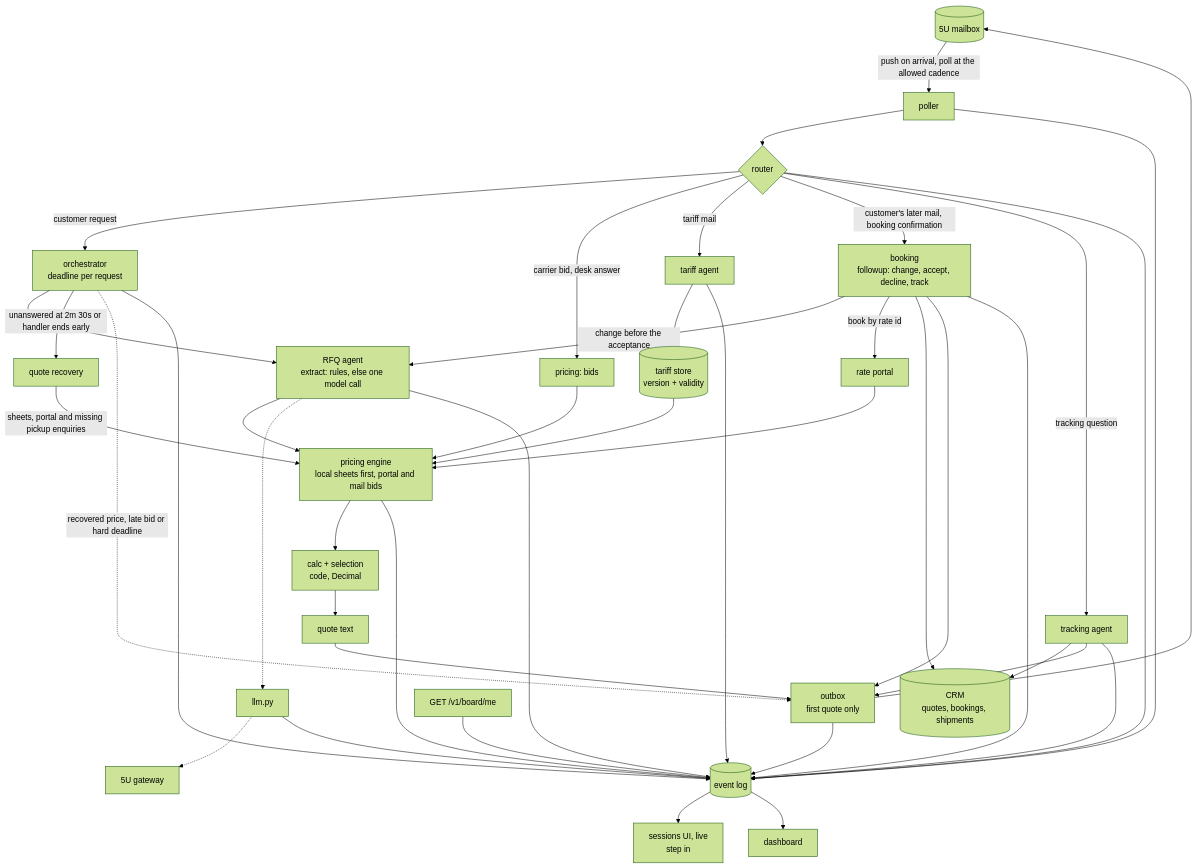
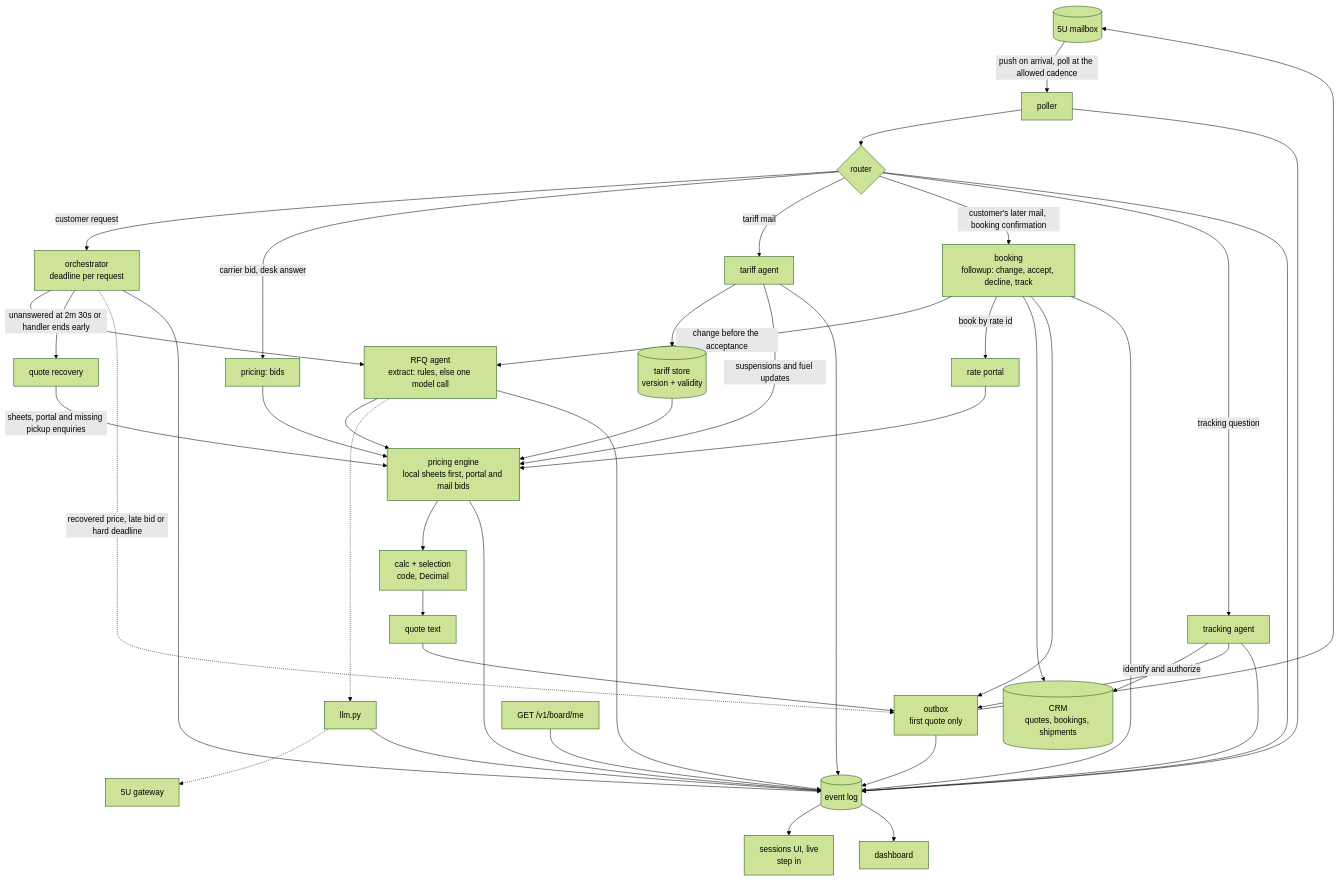
Before and after one commit to lucakammerer/pixel: the diagram in README.md, drawn with Mermaid (forest theme). The commit also changed 20 other files, not shown here.

````diff
--- a/README.md
+++ b/README.md
@@ -8,37 +8,38 @@
 ```mermaid
 flowchart TD
     MB[(5U mailbox)] -->|push on arrival, poll at the allowed cadence| P[poller]
     P --> R{router}
     R -->|customer request| O[orchestrator<br/>deadline per request]
     R -->|carrier bid, desk answer| BID[pricing: bids]
     R -->|tariff mail| T[tariff agent]
     R -->|customer's later mail, booking confirmation| BK[booking<br/>followup: change, accept, decline, track]
     BK -->|change before the acceptance| RFQ
     R -->|tracking question| TR[tracking agent]
 
     O --> RFQ[RFQ agent<br/>extract: rules, else one model call]
     RFQ --> ENG[pricing engine<br/>local sheets first, portal and mail bids]
     T --> ST[(tariff store<br/>version + validity)]
+    T -->|suspensions and fuel updates| ENG
     ST --> ENG
     PORTAL[rate portal] --> ENG
     BID --> ENG
     ENG --> SEL[calc + selection<br/>code, Decimal]
     SEL --> Q[quote text]
     Q --> OUT[outbox<br/>first quote only]
     O -->|unanswered at 2m 30s or handler ends early| REC[quote recovery]
     REC -->|sheets, portal and missing pickup enquiries| ENG
     O -.->|recovered price, late bid or hard deadline| OUT
     OUT --> MB
 
     BK -->|book by rate id| PORTAL
     BK --> CRM[(CRM<br/>quotes, bookings, shipments)]
-    TR --> CRM
+    TR -->|identify and authorize| CRM
     TR --> OUT
     BK --> OUT
 
     RFQ -.-> LLM[llm.py] -.-> GW[5U gateway]
     P & R & O & RFQ & ENG & OUT & BK & TR & T & LLM --> EV[(event log)]
     EV --> UI[sessions UI, live<br/>step in]
     EV --> DASH[dashboard]
     BOARD["GET /v1/board/me"] --> EV
 ```
````
